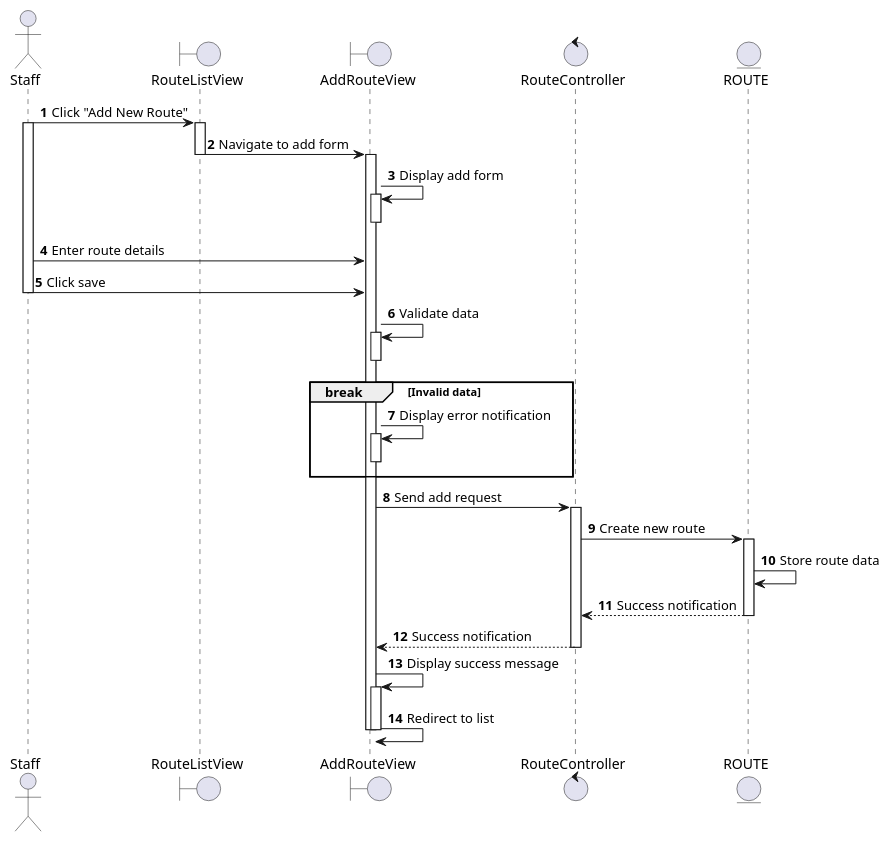
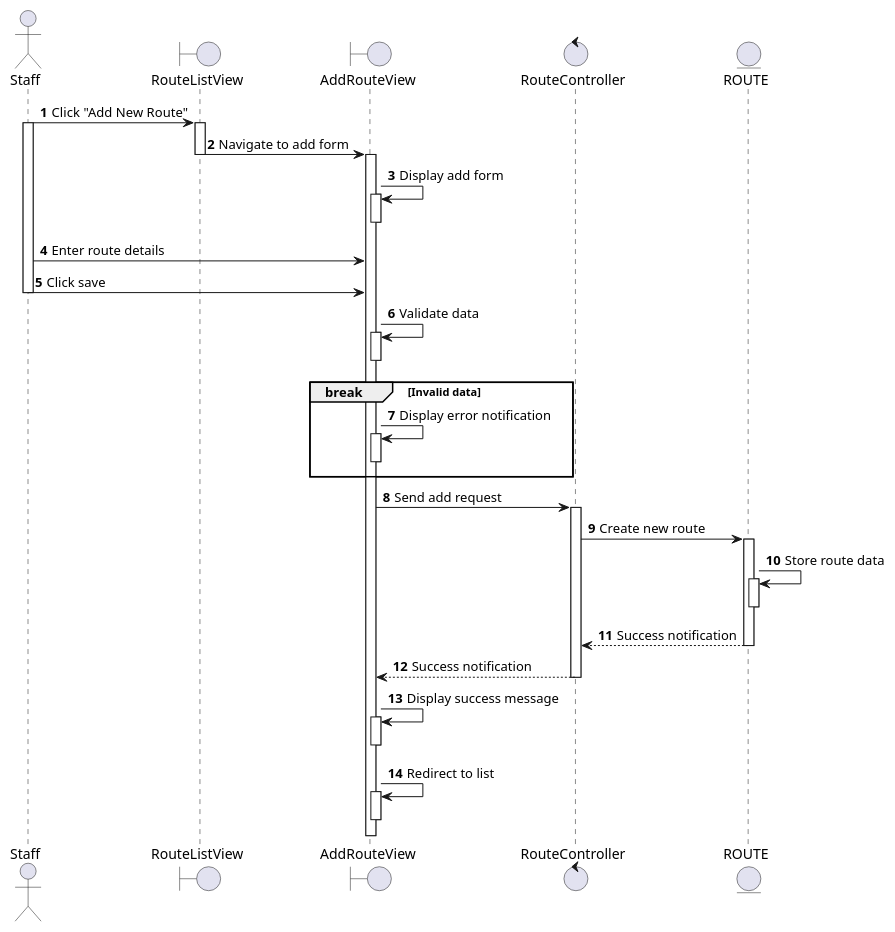
The diagram in docs/docs/sequence/manage-routes/add-new-route.md (se113-wm/se113-wm.github.io), drawn with PlantUML before and after one commit. The commit also changed 37 other files, not shown here.

First line of the commit message:
Refactor sequence diagrams for booking and trip management

````diff
--- a/docs/docs/sequence/manage-routes/add-new-route.md
+++ b/docs/docs/sequence/manage-routes/add-new-route.md
@@ -3,50 +3,53 @@
 ```plantuml
 @startuml
 autonumber
 
 actor Staff as S
 boundary RouteListView as RLV
 boundary AddRouteView as ARV
 control RouteController as RC
 entity ROUTE as R
 
 S -> RLV: Click "Add New Route"
 activate S
 activate RLV
 RLV -> ARV: Navigate to add form
 deactivate RLV
 activate ARV
 ARV -> ARV: Display add form
 activate ARV
 deactivate ARV
 
 S -> ARV: Enter route details
 S -> ARV: Click save
 deactivate S
 ARV -> ARV: Validate data
 activate ARV
 deactivate ARV
 
 break Invalid data
   ARV -> ARV: Display error notification
   activate ARV
   deactivate ARV
 end
 
 ARV -> RC: Send add request
 activate RC
 RC -> R: Create new route
 activate R
 R -> R: Store route data
+activate R
+deactivate R
 RC <-- R: Success notification
 deactivate R
 ARV <-- RC: Success notification
 deactivate RC
 ARV -> ARV: Display success message
 activate ARV
+deactivate ARV
 ARV -> ARV: Redirect to list
-deactivate ARV
+activate ARV
 deactivate ARV
 
 @enduml
 ```
````
